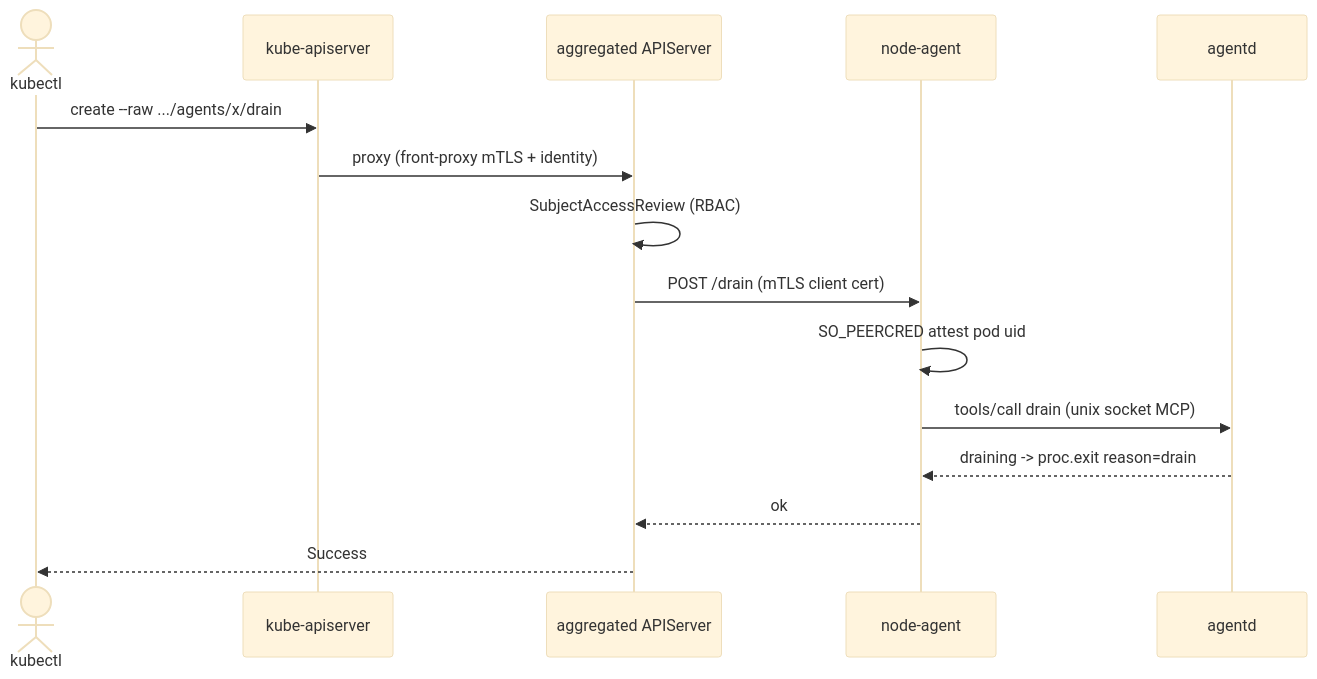
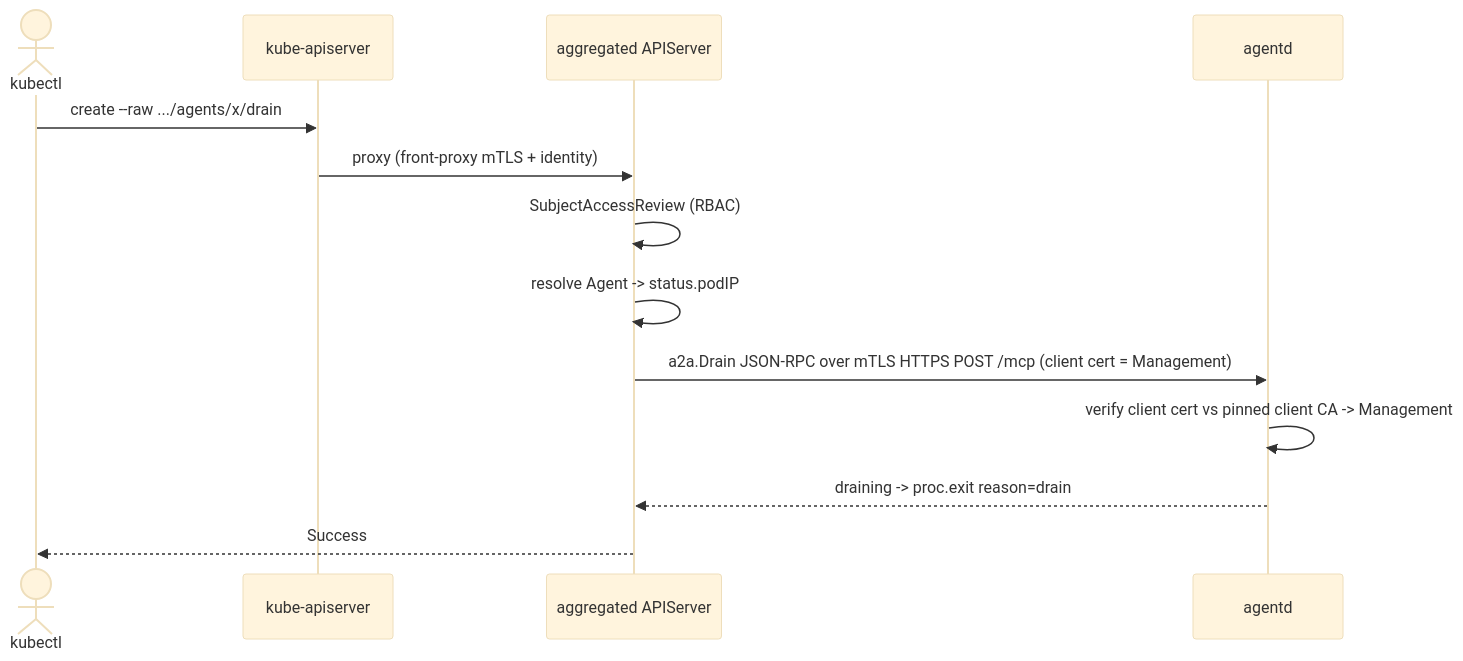
One commit to AgentCTL-dev/source-code changed the fifth of 13 diagrams in docs/architecture.md. Above: the diagram before and after it, drawn with Mermaid (base theme). The commit also changed other lines of this file and 15 other files, not shown here.

````diff
--- a/docs/architecture.md
+++ b/docs/architecture.md
@@ -137,17 +154,15 @@
 ```mermaid
 sequenceDiagram
   actor U as kubectl
   participant KA as kube-apiserver
   participant API as aggregated APIServer
-  participant NA as node-agent
   participant AG as agentd
   U->>KA: create --raw .../agents/x/drain
   KA->>API: proxy (front-proxy mTLS + identity)
   API->>API: SubjectAccessReview (RBAC)
-  API->>NA: POST /drain (mTLS client cert)
-  NA->>NA: SO_PEERCRED attest pod uid
-  NA->>AG: tools/call drain (unix socket MCP)
-  AG-->>NA: draining -> proc.exit reason=drain
-  NA-->>API: ok
+  API->>API: resolve Agent -> status.podIP
+  API->>AG: a2a.Drain JSON-RPC over mTLS HTTPS POST /mcp (client cert = Management)
+  AG->>AG: verify client cert vs pinned client CA -> Management
+  AG-->>API: draining -> proc.exit reason=drain
   API-->>U: Success
 ```
````
